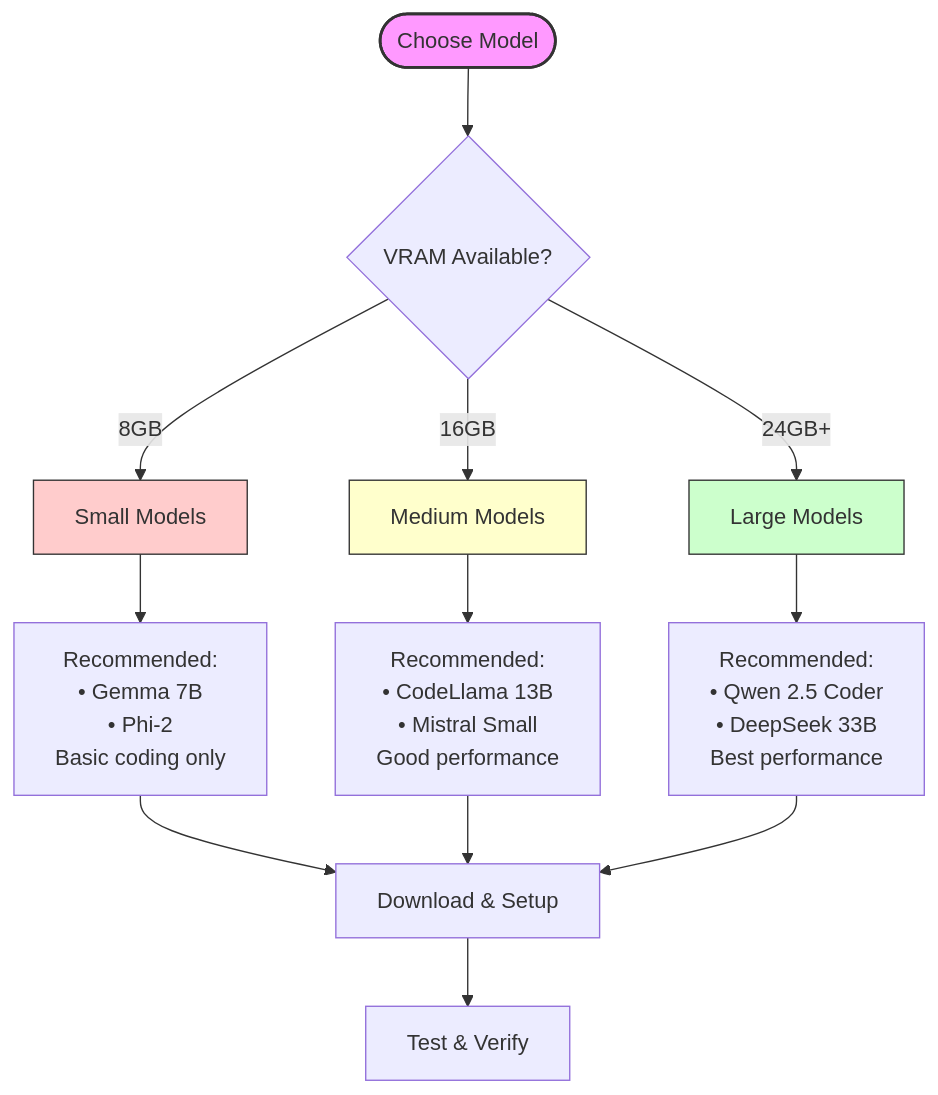
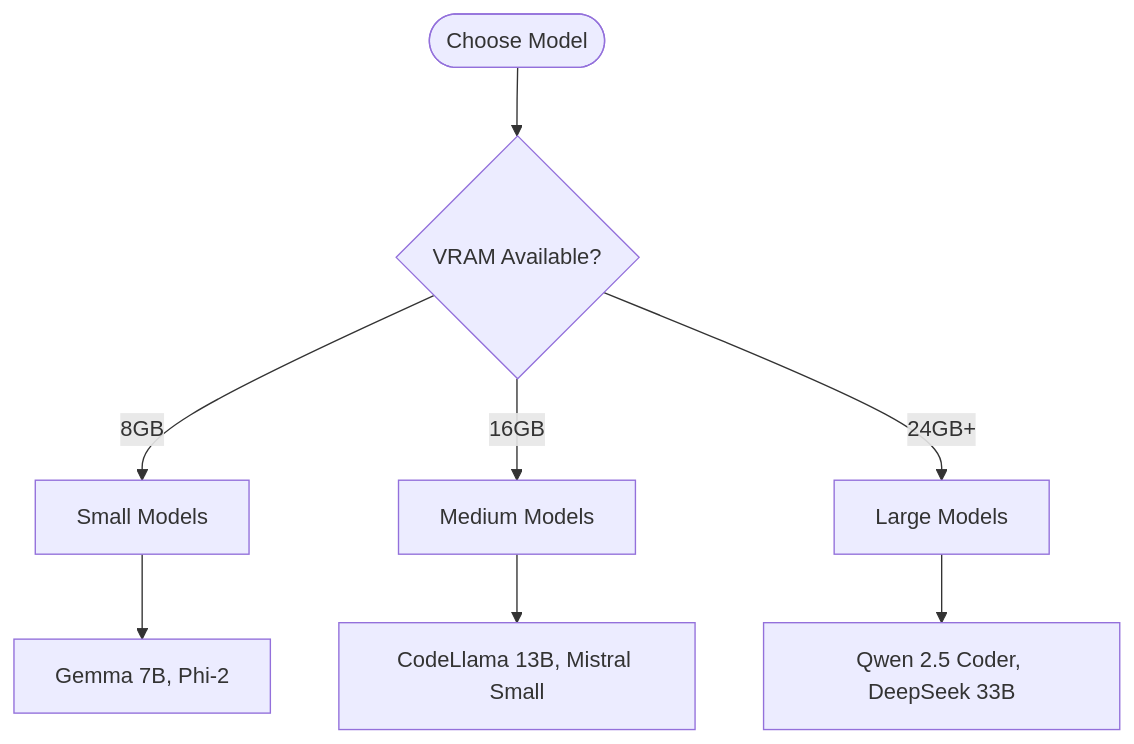
One commit to amazon1148/Roo-Code-Docs changed the diagram in docs/local-llm/quick-start/model-selection.md. Above: the diagram before and after it, drawn with Mermaid. The commit also changed other lines of this file and 5 other files, not shown here.

Commit message:
updates to quick-start and setup-verification

````diff
--- a/docs/local-llm/quick-start/model-selection.md
+++ b/docs/local-llm/quick-start/model-selection.md
@@ -5,34 +20,10 @@
 ```mermaid
 graph TD
     Start([Choose Model]) --> VRAM{VRAM Available?}
-    
     VRAM -->|8GB| Small[Small Models]
     VRAM -->|16GB| Medium[Medium Models]
     VRAM -->|24GB+| Large[Large Models]
-    
-    Small --> SmallRec["Recommended:
-    • Gemma 7B
-    • Phi-2
-    Basic coding only"]
-    
-    Medium --> MediumRec["Recommended:
-    • CodeLlama 13B
-    • Mistral Small
-    Good performance"]
-    
-    Large --> LargeRec["Recommended:
-    • Qwen 2.5 Coder
-    • DeepSeek 33B
-    Best performance"]
-    
-    SmallRec --> Setup[Download & Setup]
-    MediumRec --> Setup
-    LargeRec --> Setup
-    
-    Setup --> Test[Test & Verify]
-    
-    style Start fill:#f9f,stroke:#333,stroke-width:2px
-    style Small fill:#ffcccc,stroke:#333
-    style Medium fill:#ffffcc,stroke:#333
-    style Large fill:#ccffcc,stroke:#333
+    Small --> SmallRec["Gemma 7B, Phi-2"]
+    Medium --> MediumRec["CodeLlama 13B, Mistral Small"]
+    Large --> LargeRec["Qwen 2.5 Coder, DeepSeek 33B"]
 ```
````
